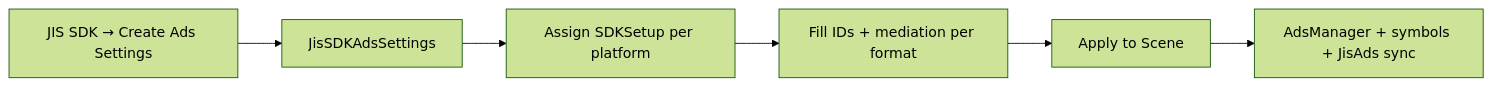
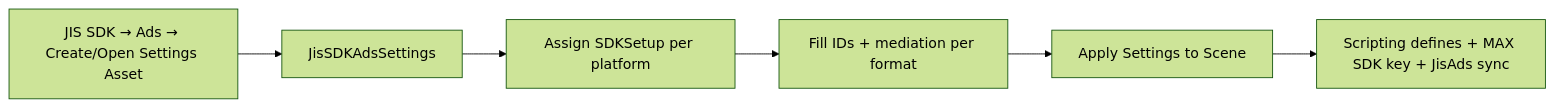
Before and after one commit to KunNguyen/SDK-Ads: the diagram in docs/ADS_EDITOR_SETUP.md, drawn with Mermaid (forest theme). The commit also changed other lines of this file and 11 other files, not shown here.

First line of the commit message:
Docs: describe the Firebase + JisAds setup in the remaining ads docs

````diff
--- a/docs/ADS_EDITOR_SETUP.md
+++ b/docs/ADS_EDITOR_SETUP.md
@@ -59,8 +49,8 @@
 ```mermaid
 flowchart LR
-    A[JIS SDK → Create Ads Settings] --> B[JisSDKAdsSettings]
+    A[JIS SDK → Ads → Create/Open Settings Asset] --> B[JisSDKAdsSettings]
     B --> C[Assign SDKSetup per platform]
     C --> D[Fill IDs + mediation per format]
-    D --> E[Apply to Scene]
-    E --> F[AdsManager + symbols + JisAds sync]
+    D --> E[Apply Settings to Scene]
+    E --> F[Scripting defines + MAX SDK key + JisAds sync]
 ```
````
